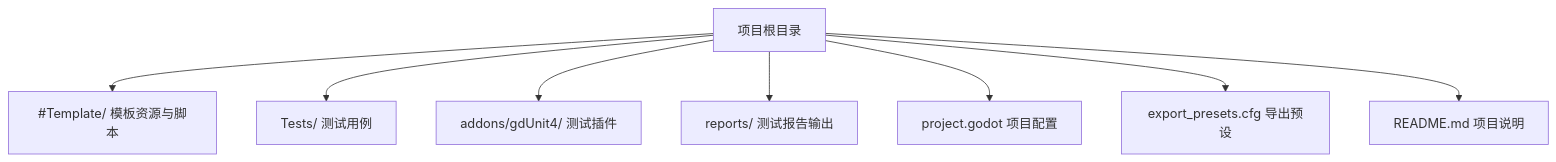
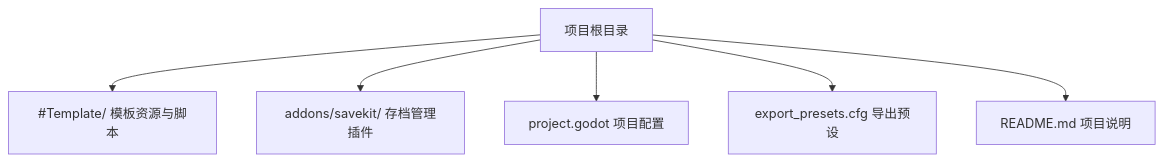
One commit to godotline/godot-line changed the first of 4 diagrams in .qoder/repowiki/zh/content/开发工具/开发工具.md. Above: the diagram before and after it, drawn with Mermaid. The commit also changed other lines of this file and 20 other files, not shown here.

````diff
--- a/.qoder/repowiki/zh/content/开发工具/开发工具.md
+++ b/.qoder/repowiki/zh/content/开发工具/开发工具.md
@@ -50,10 +45,8 @@
 ```mermaid
 graph TB
 A["项目根目录"] --> B["#Template/ 模板资源与脚本"]
-A --> C["Tests/ 测试用例"]
-A --> D["addons/gdUnit4/ 测试插件"]
-A --> E["reports/ 测试报告输出"]
-A --> F["project.godot 项目配置"]
-A --> G["export_presets.cfg 导出预设"]
-A --> H["README.md 项目说明"]
+A --> C["addons/savekit/ 存档管理插件"]
+A --> D["project.godot 项目配置"]
+A --> E["export_presets.cfg 导出预设"]
+A --> F["README.md 项目说明"]
 ```
````
